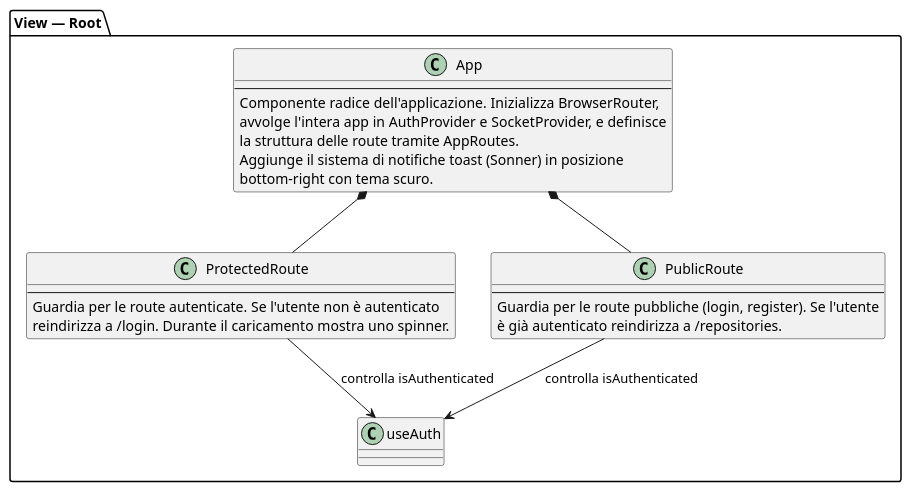
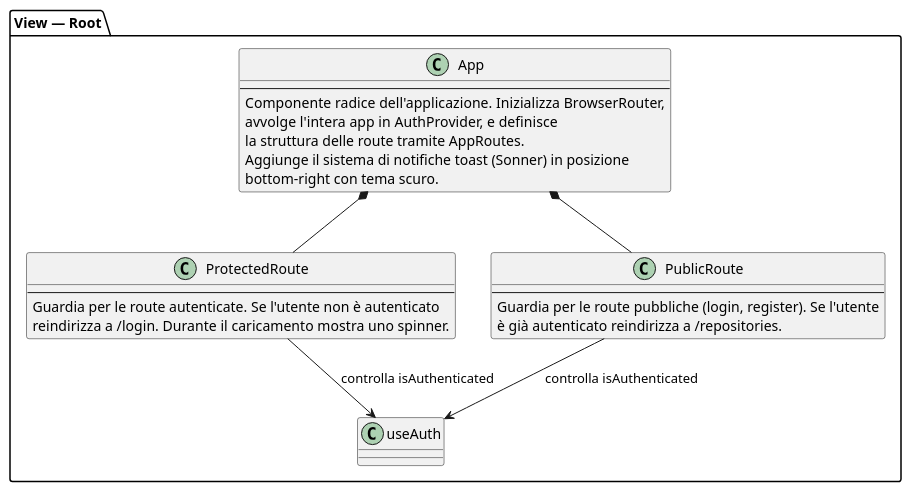
The diagram in assets/st_diagrams/code/frontend/pages/app.plantuml (SkarabGroup/DocumentazioneProgetto), drawn with PlantUML before and after one commit. The commit also changed 15 other files, not shown here.

```diff
--- a/assets/st_diagrams/code/frontend/pages/app.plantuml
+++ b/assets/st_diagrams/code/frontend/pages/app.plantuml
@@ -1,29 +1,29 @@
 @startuml
 package "View — Root" {
   class App {
     --
     Componente radice dell'applicazione. Inizializza BrowserRouter,
-    avvolge l'intera app in AuthProvider e SocketProvider, e definisce
+    avvolge l'intera app in AuthProvider, e definisce
     la struttura delle route tramite AppRoutes.
     Aggiunge il sistema di notifiche toast (Sonner) in posizione
     bottom-right con tema scuro.
   }
 
   class ProtectedRoute {
     --
     Guardia per le route autenticate. Se l'utente non è autenticato
     reindirizza a /login. Durante il caricamento mostra uno spinner.
   }
 
   class PublicRoute {
     --
     Guardia per le route pubbliche (login, register). Se l'utente
     è già autenticato reindirizza a /repositories.
   }
 
   App *-- ProtectedRoute
   App *-- PublicRoute
   ProtectedRoute --> "useAuth" : controlla isAuthenticated
   PublicRoute --> "useAuth" : controlla isAuthenticated
 }
 @enduml
```
